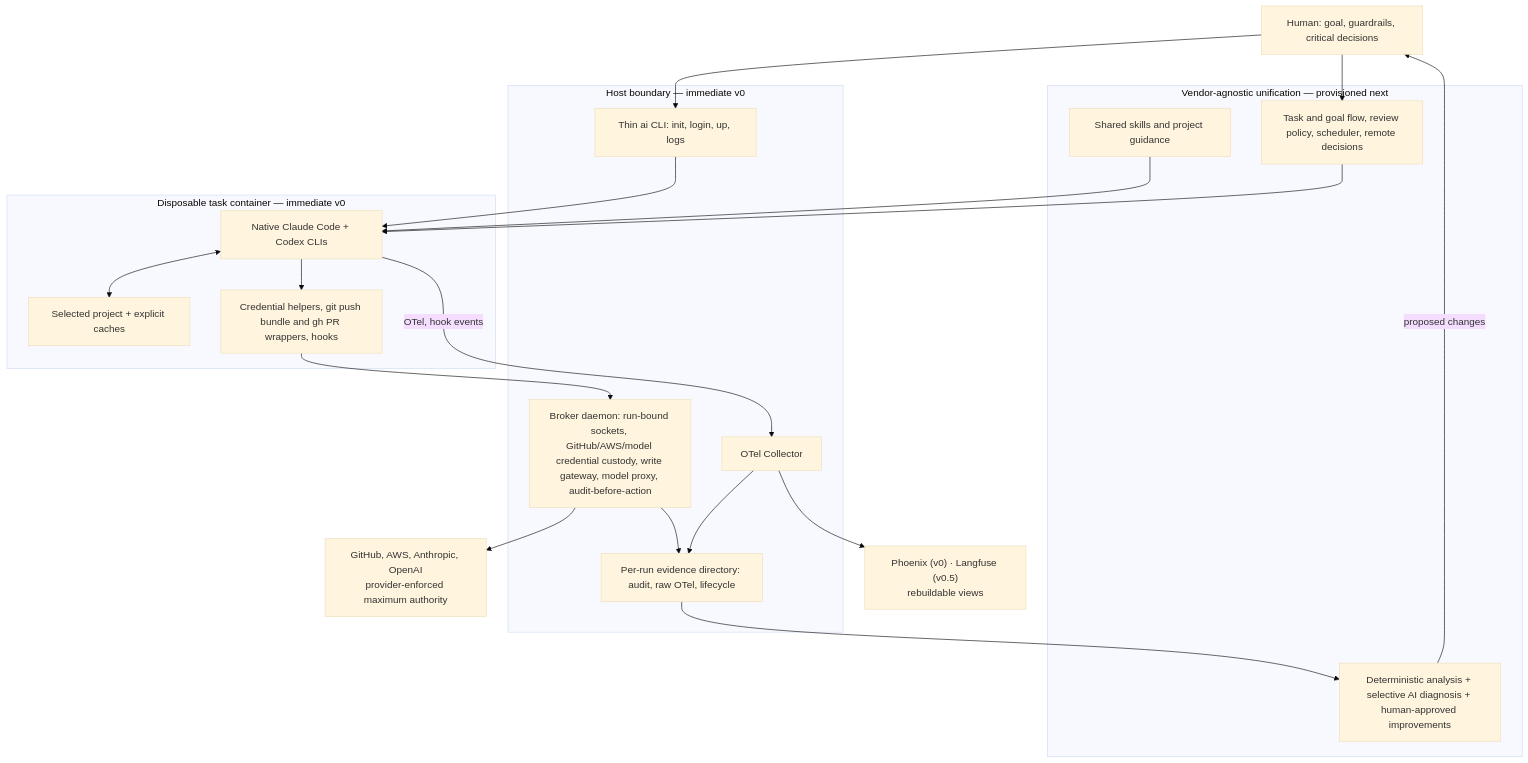
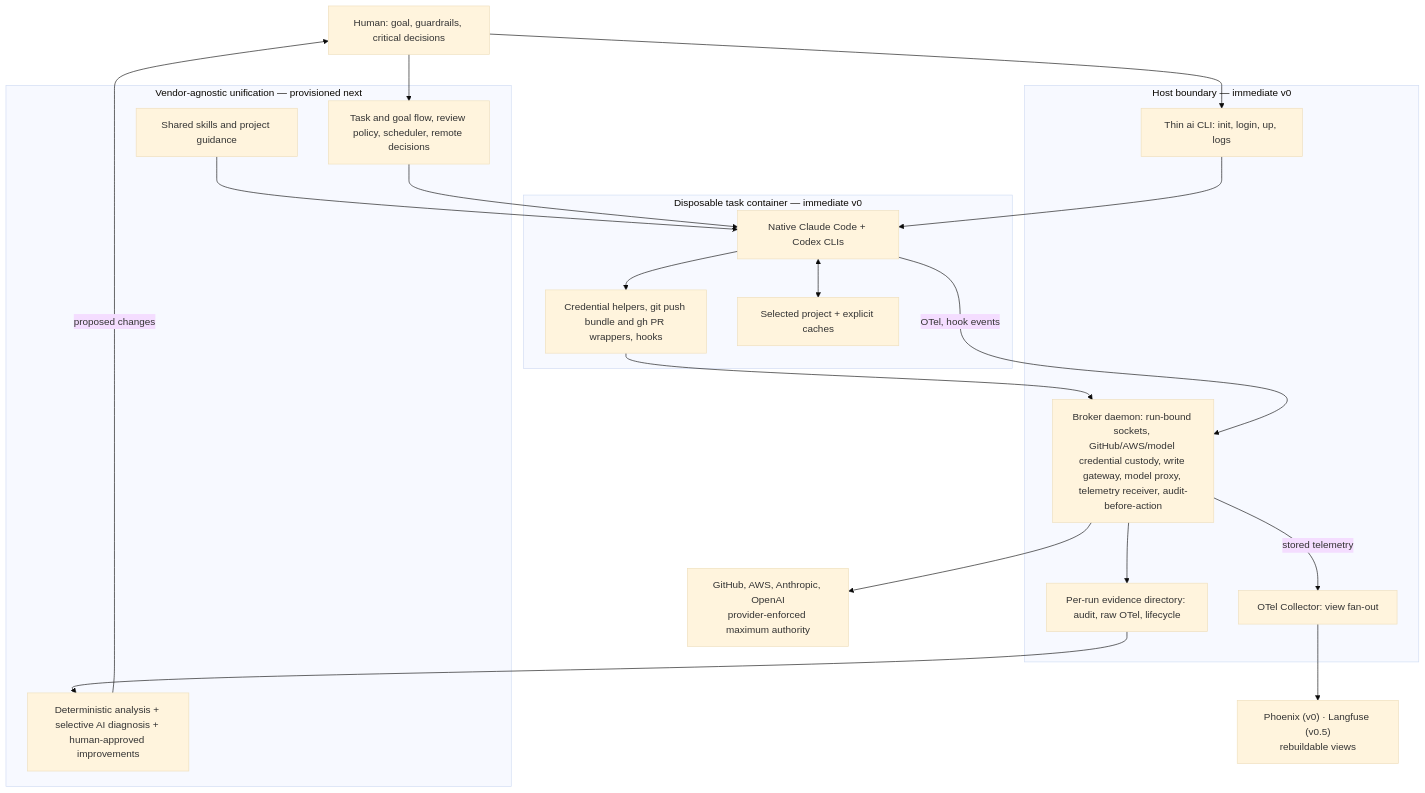
Before and after one commit to maryzam/ai-crew-localdev: the diagram in pivot_proposal.md, drawn with Mermaid (base theme). The commit also changed other lines of this file and 19 other files, not shown here.

First line of the commit message:
Collect native CLI telemetry with host-stamped run context (#121)

````diff
--- a/pivot_proposal.md
+++ b/pivot_proposal.md
@@ -67,42 +67,42 @@
 ```mermaid
 flowchart TB
     Human["Human: goal, guardrails, critical decisions"]
 
     subgraph V1["Vendor-agnostic unification — provisioned next"]
         Skills["Shared skills and project guidance"]
         Flow["Task and goal flow, review policy, scheduler, remote decisions"]
         Optimizer["Deterministic analysis + selective AI diagnosis + human-approved improvements"]
     end
 
     subgraph Host["Host boundary — immediate v0"]
         CLI["Thin ai CLI: init, login, up, logs"]
-        Broker["Broker daemon: run-bound sockets, GitHub/AWS/model credential custody, write gateway, model proxy, audit-before-action"]
-        Collector["OTel Collector"]
+        Broker["Broker daemon: run-bound sockets, GitHub/AWS/model credential custody, write gateway, model proxy, telemetry receiver, audit-before-action"]
+        Collector["OTel Collector: view fan-out"]
         Evidence["Per-run evidence directory: audit, raw OTel, lifecycle"]
     end
 
     subgraph Task["Disposable task container — immediate v0"]
         Agents["Native Claude Code + Codex CLIs"]
         Adapters["Credential helpers, git push bundle and gh PR wrappers, hooks"]
         Project["Selected project + explicit caches"]
     end
 
     Views["Phoenix (v0) · Langfuse (v0.5)<br/>rebuildable views"]
     Providers["GitHub, AWS, Anthropic, OpenAI<br/>provider-enforced maximum authority"]
 
     Human --> CLI
     Human --> Flow
     CLI --> Agents
     Skills --> Agents
     Flow --> Agents
     Agents <--> Project
     Agents --> Adapters
     Adapters --> Broker
     Broker --> Providers
-    Agents -->|"OTel, hook events"| Collector
-    Collector --> Evidence
+    Agents -->|"OTel, hook events"| Broker
     Broker --> Evidence
+    Broker -->|"stored telemetry"| Collector
     Collector --> Views
     Evidence --> Optimizer
     Optimizer -->|"proposed changes"| Human
 ```
````
